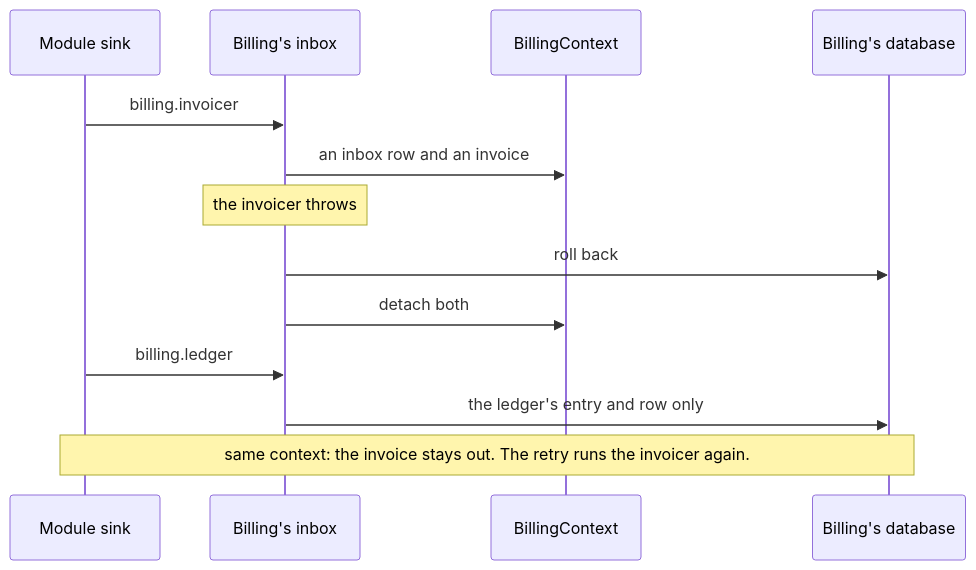
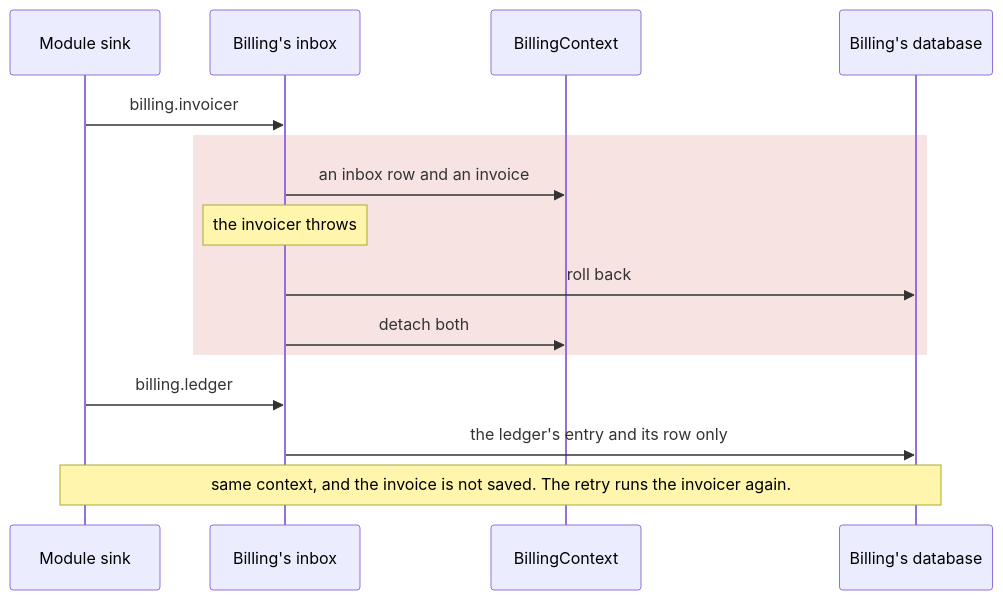
Before and after one commit to DylanSnel/DDDToolkit: the fourth of 7 diagrams in docs/integration-events.md, drawn with Mermaid. The commit also changed other lines of this file and 41 other files, not shown here.

First line of the commit message:
Docs: plain prose, one word per concept, and readable diagrams on every page

````diff
--- a/docs/integration-events.md
+++ b/docs/integration-events.md
@@ -731,16 +750,18 @@
 ```mermaid
 sequenceDiagram
     participant Sink as Module sink
     participant Inbox as Billing's inbox
     participant Context as BillingContext
     participant Db as Billing's database
 
     Sink->>Inbox: billing.invoicer
-    Inbox->>Context: an inbox row and an invoice
-    Note over Inbox: the invoicer throws
-    Inbox->>Db: roll back
-    Inbox->>Context: detach both
+    rect rgba(201, 60, 60, 0.14)
+        Inbox->>Context: an inbox row and an invoice
+        Note over Inbox: the invoicer throws
+        Inbox->>Db: roll back
+        Inbox->>Context: detach both
+    end
     Sink->>Inbox: billing.ledger
-    Inbox->>Db: the ledger's entry and row only
-    Note over Sink,Db: same context: the invoice stays out. The retry runs the invoicer again.
+    Inbox->>Db: the ledger's entry and its row only
+    Note over Sink,Db: same context, and the invoice is not saved. The retry runs the invoicer again.
 ```
````
